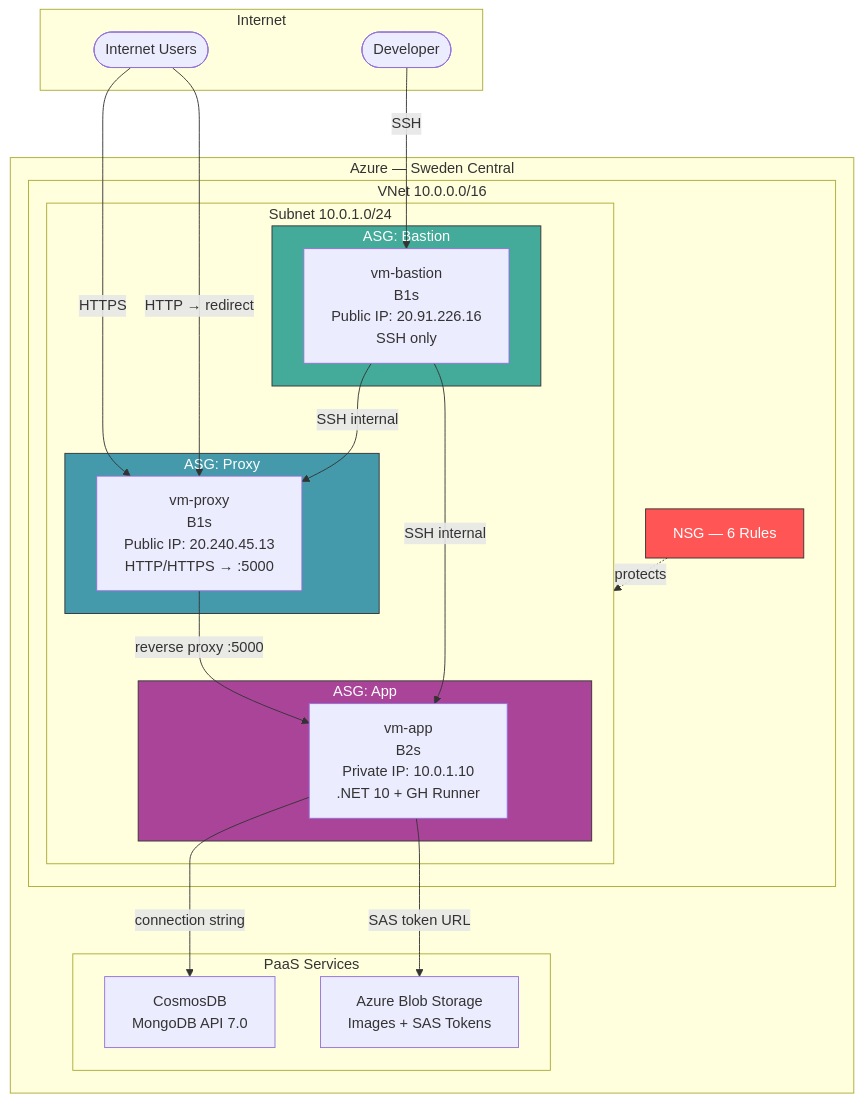
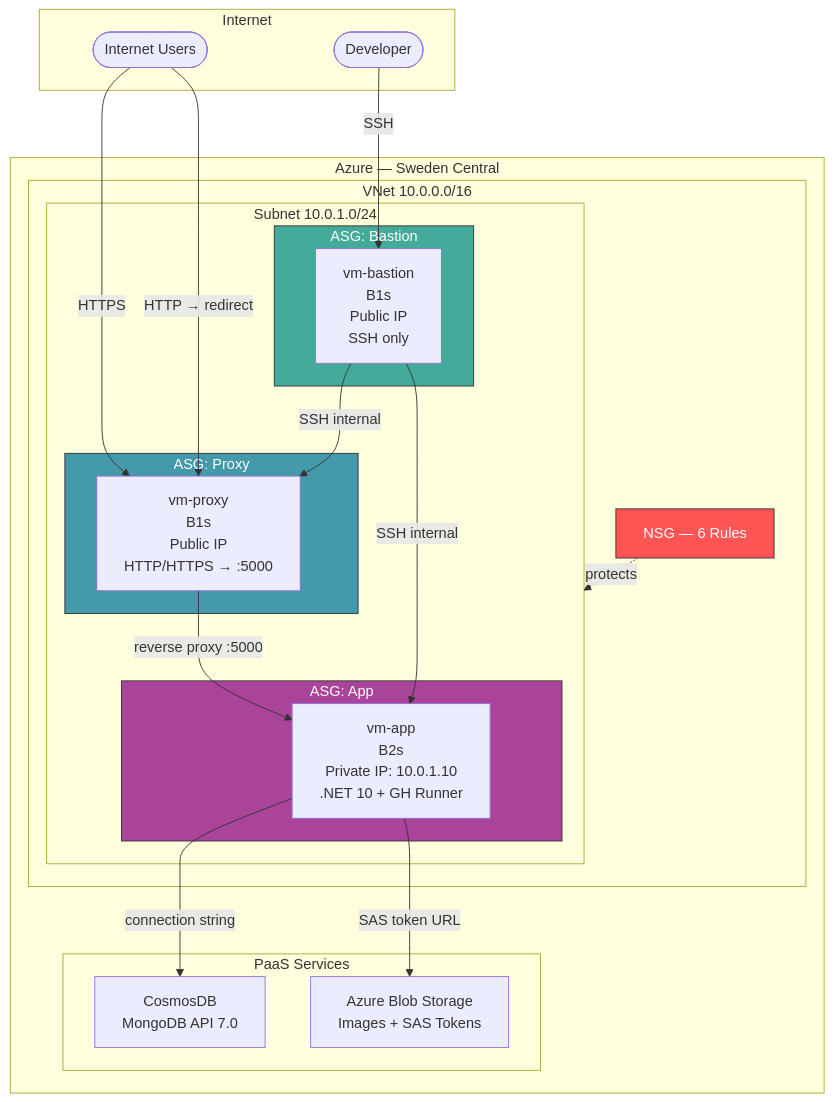
The first of 2 diagrams in assignment-report.md (larsappel/CloudSoft), drawn with Mermaid before and after one commit. The commit also changed other lines of this file, not shown here.

````diff
--- a/assignment-report.md
+++ b/assignment-report.md
@@ -9,44 +9,44 @@
 ```mermaid
 graph TB
     subgraph Internet
         User([Internet Users])
         Dev([Developer])
     end
 
     subgraph Azure["Azure — Sweden Central"]
         subgraph VNet["VNet 10.0.0.0/16"]
             subgraph Subnet["Subnet 10.0.1.0/24"]
                 subgraph ASG-Bastion["ASG: Bastion"]
-                    Bastion["vm-bastion<br/>B1s<br/>Public IP: 20.91.226.16<br/>SSH only"]
+                    Bastion["vm-bastion<br/>B1s<br/>Public IP<br/>SSH only"]
                 end
                 subgraph ASG-Proxy["ASG: Proxy"]
-                    Proxy["vm-proxy<br/>B1s<br/>Public IP: 20.240.45.13<br/>HTTP/HTTPS → :5000"]
+                    Proxy["vm-proxy<br/>B1s<br/>Public IP<br/>HTTP/HTTPS → :5000"]
                 end
                 subgraph ASG-App["ASG: App"]
                     App["vm-app<br/>B2s<br/>Private IP: 10.0.1.10<br/>.NET 10 + GH Runner"]
                 end
             end
             NSG["NSG — 6 Rules"]
         end
 
         subgraph PaaS["PaaS Services"]
             CosmosDB["CosmosDB<br/>MongoDB API 7.0"]
             Blob["Azure Blob Storage<br/>Images + SAS Tokens"]
         end
     end
 
     User -->|HTTPS| Proxy
     User -->|HTTP → redirect| Proxy
     Dev -->|SSH| Bastion
     Bastion -->|SSH internal| Proxy
     Bastion -->|SSH internal| App
     Proxy -->|reverse proxy :5000| App
     App -->|connection string| CosmosDB
     App -->|SAS token URL| Blob
     NSG -.->|protects| Subnet
 
     style NSG fill:#f55,stroke:#333,color:#fff
     style ASG-Bastion fill:#4a9,stroke:#333,color:#fff
     style ASG-Proxy fill:#49a,stroke:#333,color:#fff
     style ASG-App fill:#a49,stroke:#333,color:#fff
 ```
````
